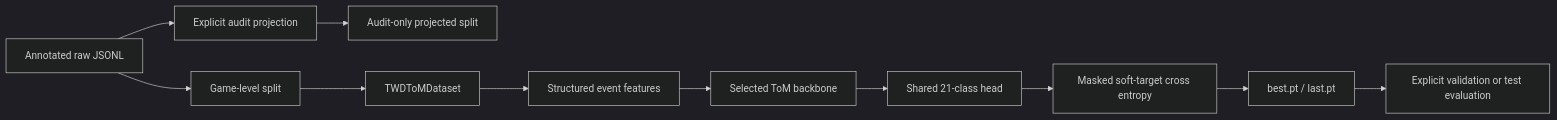
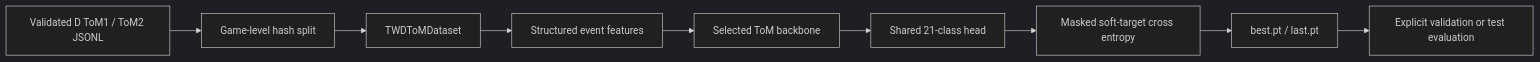
One commit to MonsterTracy/3wd-tom changed the fourth of 4 diagrams in docs/architecture.md. Above: the diagram before and after it, drawn with Mermaid (dark theme). The commit also changed other lines of this file and 65 other files, not shown here.

````diff
--- a/docs/architecture.md
+++ b/docs/architecture.md
@@ -83,13 +75,11 @@
 ```mermaid
 flowchart LR
-    R["Annotated raw JSONL"] --> ST["Game-level split"]
-    R --> AP["Explicit audit projection"]
-    AP --> AS["Audit-only projected split"]
-    ST --> D["TWDToMDataset"]
-    D --> F["Structured event features"]
+    D["Validated D ToM1 / ToM2 JSONL"] --> ST["Game-level hash split"]
+    ST --> DS["TWDToMDataset"]
+    DS --> F["Structured event features"]
     F --> B["Selected ToM backbone"]
     B --> H["Shared 21-class head"]
     H --> L["Masked soft-target cross entropy"]
     L --> C["best.pt / last.pt"]
     C --> E["Explicit validation or test evaluation"]
 ```
````
